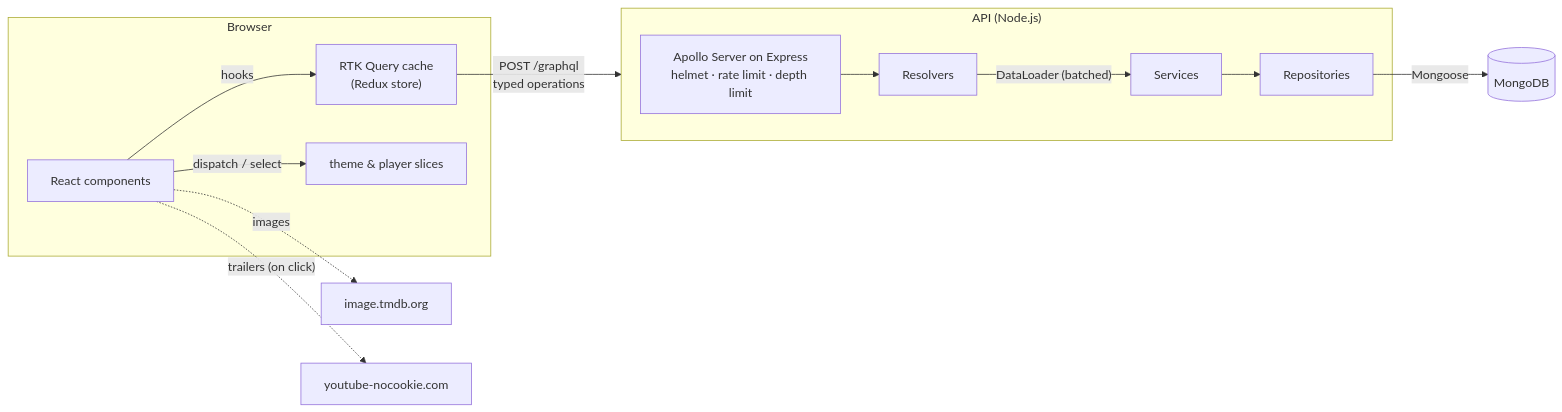
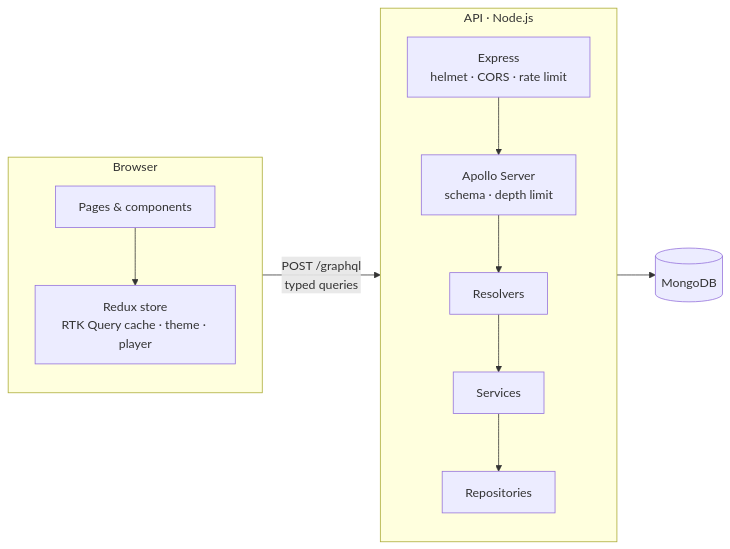
Before and after one commit to aadarshjr123/tef-movies: the first of 6 diagrams in docs/ARCHITECTURE.md, drawn with Mermaid. The commit also changed other lines of this file and 6 other files, not shown here.

````diff
--- a/docs/ARCHITECTURE.md
+++ b/docs/ARCHITECTURE.md
@@ -7,16 +5,14 @@
 ```mermaid
 flowchart LR
-    subgraph Browser
-      UI["React components"] -->|hooks| RTKQ["RTK Query cache<br/>(Redux store)"]
-      UI -->|dispatch / select| Slices["theme & player slices"]
+    subgraph Browser["Browser"]
+        direction TB
+        Pages["Pages & components"] --> Store["Redux store<br/>RTK Query cache · theme · player"]
     end
-    RTKQ -->|"POST /graphql<br/>typed operations"| API
-    subgraph API["API (Node.js)"]
-      Apollo["Apollo Server on Express<br/>helmet · rate limit · depth limit"] --> Resolvers
-      Resolvers -->|"DataLoader (batched)"| Services
-      Services --> Repos["Repositories"]
+    Store -- "POST /graphql<br/>typed queries" --> Gateway
+    subgraph API["API · Node.js"]
+        direction TB
+        Gateway["Express<br/>helmet · CORS · rate limit"] --> Apollo["Apollo Server<br/>schema · depth limit"]
+        Apollo --> Resolvers --> Services --> Repos["Repositories"]
     end
-    Repos -->|Mongoose| DB[("MongoDB")]
-    UI -. images .-> TMDB["image.tmdb.org"]
-    UI -. "trailers (on click)" .-> YT["youtube-nocookie.com"]
+    Repos --> DB[("MongoDB")]
 ```
````
